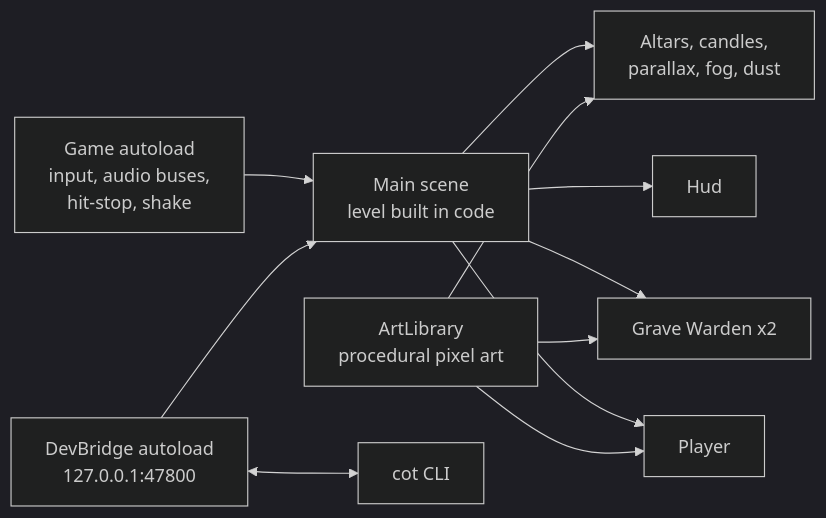
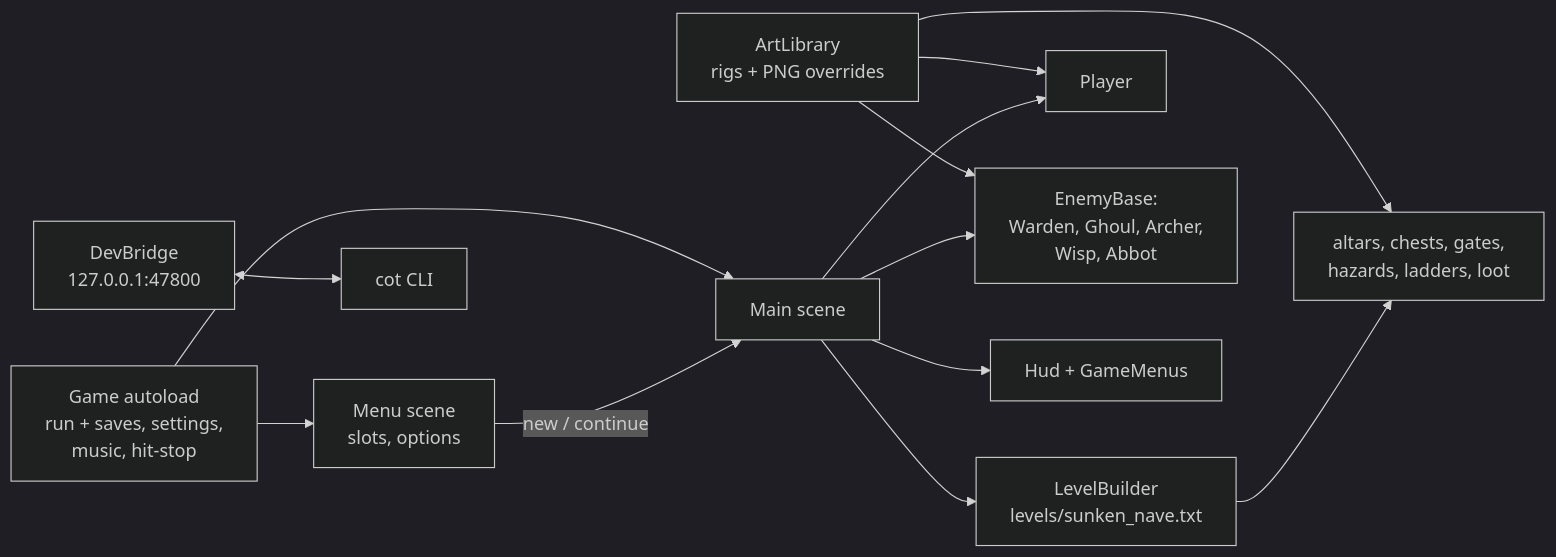
The diagram in README.md (CodTanium/ClashofThrones), drawn with Mermaid (dark theme) before and after one commit. The commit also changed other lines of this file and 82 other files, not shown here.

First line of the commit message:
v0.3.0: menus, saves, options, mechanics package, 4 enemies + boss, full level, AI art

````diff
--- a/README.md
+++ b/README.md
@@ -49,11 +57,11 @@
 ```mermaid
 flowchart LR
-    Game[Game autoload<br/>input, audio buses,<br/>hit-stop, shake] --> Main
-    Main[Main scene<br/>level built in code] --> Player
-    Main --> Warden[Grave Warden x2]
-    Main --> Props[Altars, candles,<br/>parallax, fog, dust]
-    Main --> Hud
-    Art[ArtLibrary<br/>procedural pixel art] --> Player & Warden & Props
-    Dev[DevBridge autoload<br/>127.0.0.1:47800] <--> Cot[cot CLI]
-    Dev --> Main
+    Menu[Menu scene<br/>slots, options] -->|new / continue| Main
+    Game[Game autoload<br/>run + saves, settings,<br/>music, hit-stop] --> Menu & Main
+    Main[Main scene] --> Builder[LevelBuilder<br/>levels/sunken_nave.txt]
+    Builder --> Objects[altars, chests, gates,<br/>hazards, ladders, loot]
+    Main --> Player & Enemies[EnemyBase:<br/>Warden, Ghoul, Archer,<br/>Wisp, Abbot]
+    Main --> UI[Hud + GameMenus]
+    Art[ArtLibrary<br/>rigs + PNG overrides] --> Player & Enemies & Objects
+    Dev[DevBridge<br/>127.0.0.1:47800] <--> Cot[cot CLI]
 ```
````
